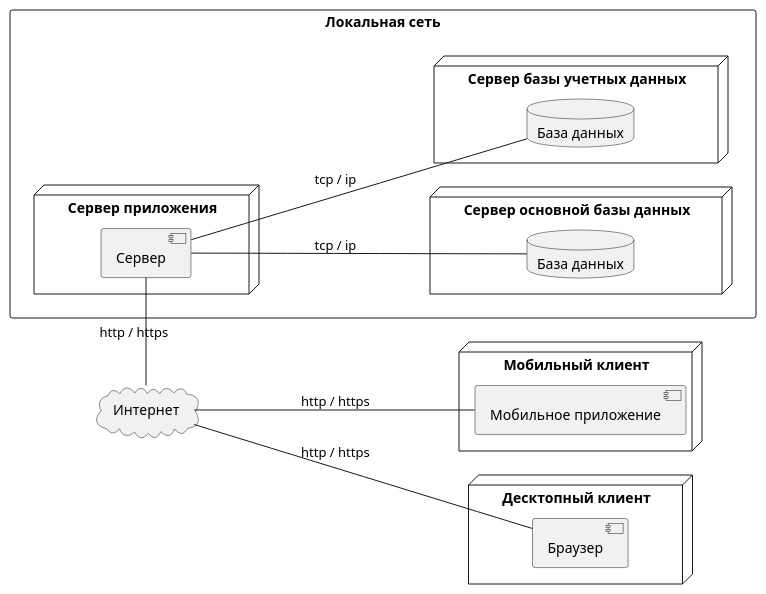
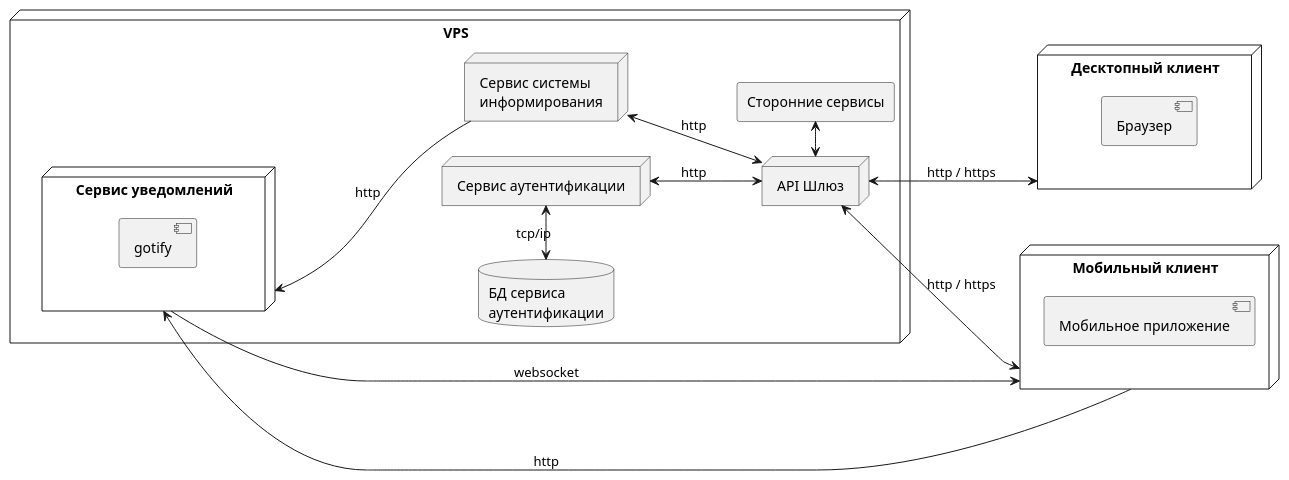
The diagram in doc/диаграммы/развертывание.puml (astu-app/ASTU-Bulletin-Board-Server), drawn with PlantUML before and after one commit. The commit also changed 7 other files, not shown here.

Commit message:
переработал диаграммы

```diff
--- a/doc/диаграммы/развертывание.puml
+++ b/doc/диаграммы/развертывание.puml
@@ -1,35 +1,95 @@
 @startuml
 'https://plantuml.com/deployment-diagram
 
+'node "VPS" {
+'    node "API Шлюз" as api_gateway
+'    
+'    node "Сервис уведомлений" as notifications_service {
+'        component "gotify"
+'    }
+'       
+'    
+'        
+'    node "Сервис аутентификации" as auth_service
+'    api_gateway <-up-> auth_service : http
+'    
+'    database "БД сервиса\nаутентификации" as auth_service_db
+'    auth_service_db <--> auth_service : tcp/ip
+' 
+' 
+'    
+'    node "Сервис системы\nинформирования" as information_system_service
+'    api_gateway <-up-> information_system_service : http
+'    notifications_service <--- information_system_service : http
+'    
+'    
+'    
+'    rectangle "Сторонние сервисы" as side_services
+'    api_gateway <-right-> side_services
+'}
+'
+'
+'
+'node "Мобильный клиент" as mobile_client {
+'    component "Мобильное приложение" as mobile_app
+'}
+'api_gateway <--> mobile_client : http / https
+'notifications_service --> mobile_client : websocket
+'notifications_service <-- mobile_client : http
+'
+'node "Десктопный клиент" as desktop_client {
+'    component "Браузер" as browser
+'}
+'api_gateway <--> desktop_client : http / https
+''notifications_service <-- desktop_client : http
+''notifications_service --> desktop_client : websocket
+
+
+
 left to right direction
 
-rectangle "Локальная сеть" {
-    node "Сервер приложения" as server_node {
-        component "Сервер" as app_server
+node "VPS" {
+    node "API Шлюз" as api_gateway
+    
+    node "Сервис уведомлений" as notifications_service {
+        component "gotify"
     }
+       
     
-    node "Сервер основной базы данных" {
-        database "База данных" as announcements_db
-    }
-    app_server -- announcements_db : tcp / ip
+        
+    node "Сервис системы\nинформирования" as information_system_service
+    api_gateway <-up-> information_system_service : http
+    notifications_service <--- information_system_service : http
     
-    node "Сервер базы учетных данных" {
-        database "База данных" as accounts_db
-    }
-    app_server -- accounts_db : tcp / ip
+    
+    
+    node "Сервис аутентификации" as auth_service
+    api_gateway <-up-> auth_service : http
+    
+    database "БД сервиса\nаутентификации" as auth_service_db
+    auth_service_db <-right-> auth_service : tcp/ip
+    
+    
+    
+    rectangle "Сторонние сервисы" as side_services
+    api_gateway <-right-> side_services
 }
 
-cloud "Интернет" as internet
-app_server -left- internet : http / https
+
 
 node "Мобильный клиент" as mobile_client {
     component "Мобильное приложение" as mobile_app
 }
-internet -- mobile_app : http / https
+api_gateway <--> mobile_client : http / https
+notifications_service --> mobile_client : websocket
+notifications_service <-- mobile_client : http
 
 node "Десктопный клиент" as desktop_client {
     component "Браузер" as browser
 }
-internet -- browser : http / https
+api_gateway <--> desktop_client : http / https
+'notifications_service <-- desktop_client : http
+'notifications_service --> desktop_client : websocket
+
 
 @enduml
```
